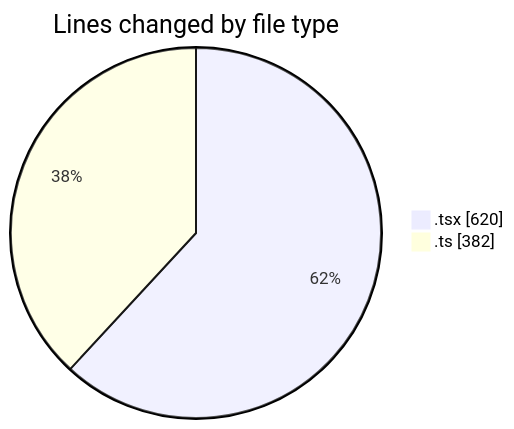
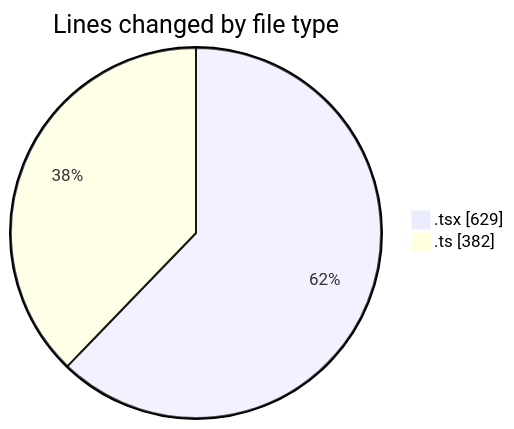
Before and after one commit to robertbonfada/code-tracking: the first of 2 diagrams in 2025-03-17/audiobooks-web/README.md, drawn with Mermaid. The commit also changed other lines of this file and 1 other file, not shown here.

````diff
--- a/2025-03-17/audiobooks-web/README.md
+++ b/2025-03-17/audiobooks-web/README.md
@@ -27,6 +27,6 @@
 ```mermaid
 pie showData
 title Lines changed by file type
-".tsx" : 620
+".tsx" : 629
 ".ts" : 382
 ```
````
